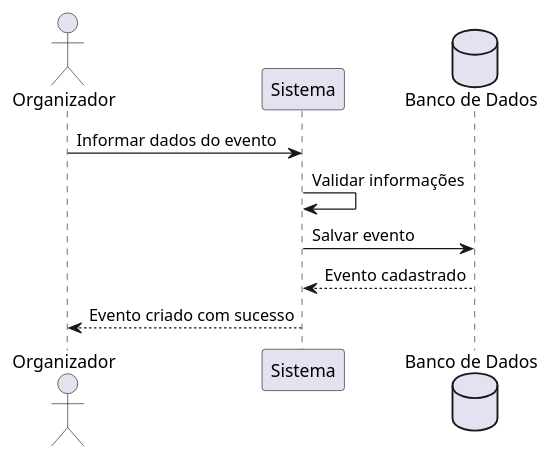
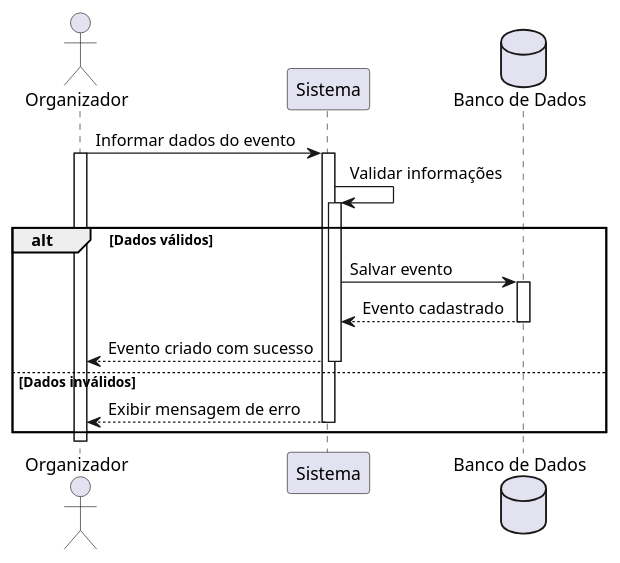
Before and after one commit to mthsz-dm/Conecta-Eventos: the diagram in PlantUML/Diagrama de sequencia do sistema/Diagrama-de-sequencia-UC-06.plantuml, drawn with PlantUML. The commit also changed 11 other files, not shown here.

Commit message:
Modificação nos diagramas de sequencia

```diff
--- a/PlantUML/Diagrama de sequencia do sistema/Diagrama-de-sequencia-UC-06.plantuml
+++ b/PlantUML/Diagrama de sequencia do sistema/Diagrama-de-sequencia-UC-06.plantuml
@@ -1,16 +1,29 @@
 @startuml
+
+autoactivate on
 
 actor Organizador
 
 participant "Sistema" as Sistema
 database "Banco de Dados" as BD
 
 Organizador -> Sistema : Informar dados do evento
+activate Organizador
 Sistema -> Sistema : Validar informações
 
-Sistema -> BD : Salvar evento
-BD --> Sistema : Evento cadastrado
+alt Dados válidos
 
-Sistema --> Organizador : Evento criado com sucesso
+    Sistema -> BD : Salvar evento
 
+    BD --> Sistema : Evento cadastrado
+
+    Sistema --> Organizador : Evento criado com sucesso
+
+else Dados inválidos
+
+    Sistema --> Organizador : Exibir mensagem de erro
+
+end
+
+deactivate Organizador
 @enduml
```
